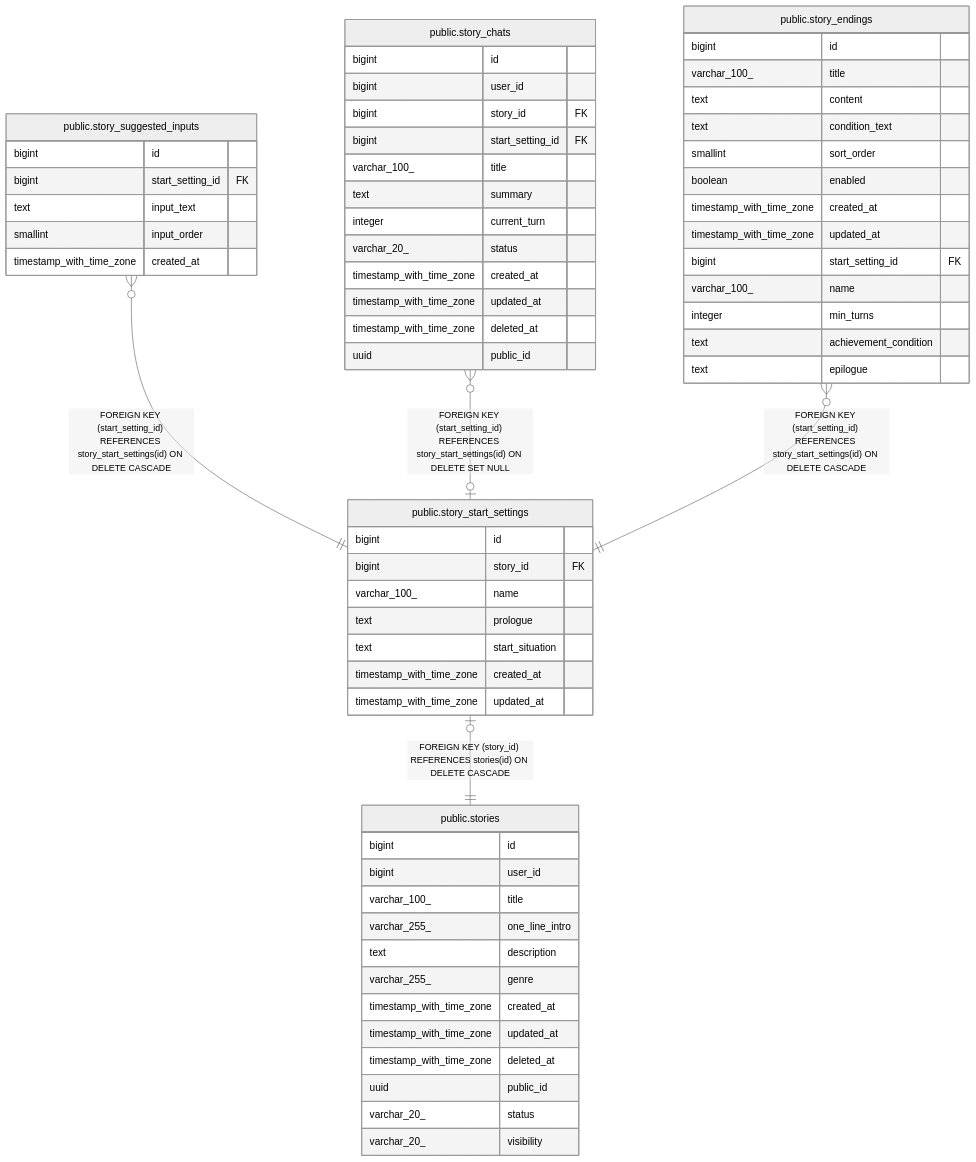
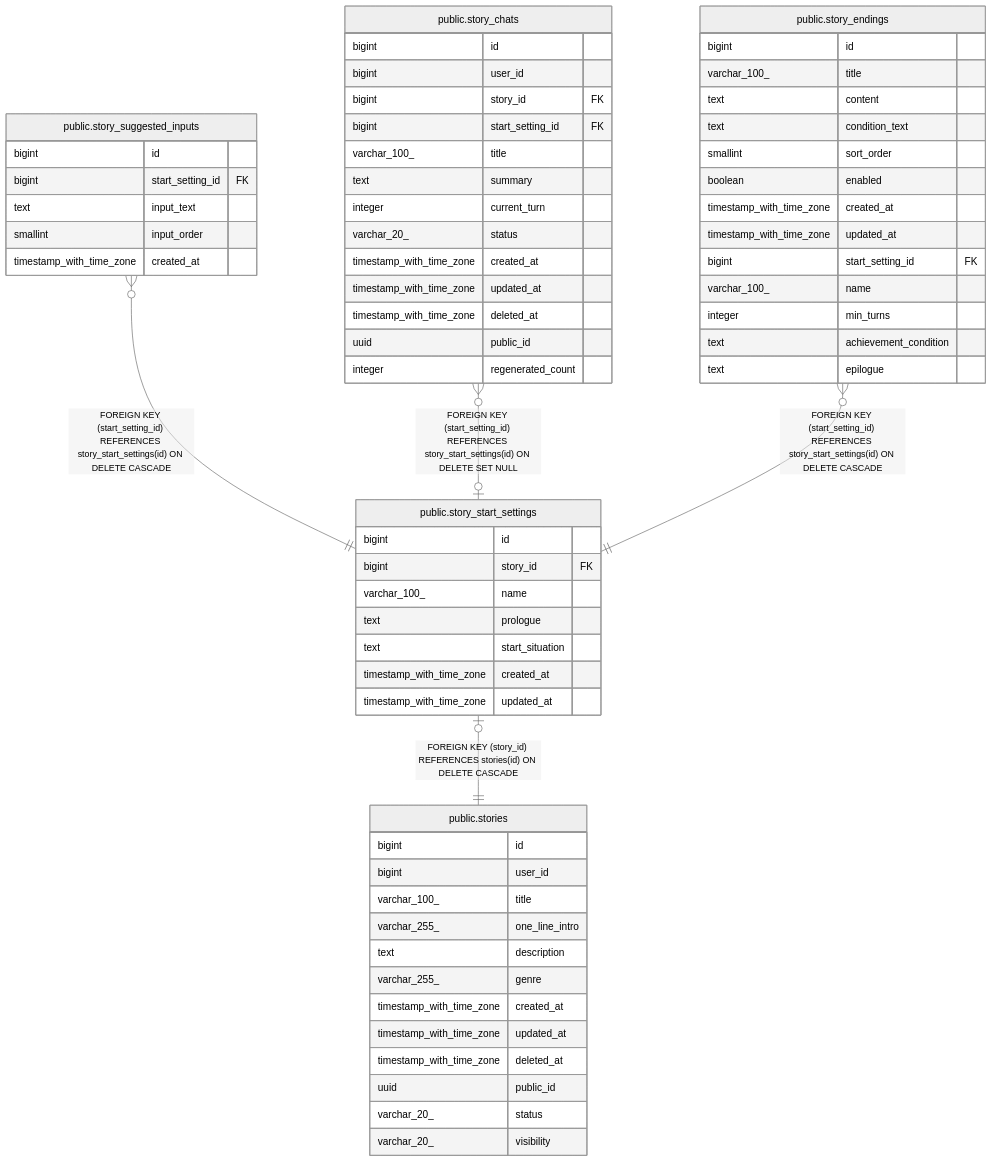
The diagram in dbdoc/public.story_start_settings.md (KIM-N-KANG/manyak-server), drawn with Mermaid (neutral theme) before and after one commit. The commit also changed 44 other files, not shown here.

````diff
--- a/dbdoc/public.story_start_settings.md
+++ b/dbdoc/public.story_start_settings.md
@@ -32,68 +32,69 @@
 ```mermaid
 erDiagram
 
 "public.story_suggested_inputs" }o--|| "public.story_start_settings" : "FOREIGN KEY (start_setting_id) REFERENCES story_start_settings(id) ON DELETE CASCADE"
 "public.story_chats" }o--o| "public.story_start_settings" : "FOREIGN KEY (start_setting_id) REFERENCES story_start_settings(id) ON DELETE SET NULL"
 "public.story_endings" }o--|| "public.story_start_settings" : "FOREIGN KEY (start_setting_id) REFERENCES story_start_settings(id) ON DELETE CASCADE"
 "public.story_start_settings" |o--|| "public.stories" : "FOREIGN KEY (story_id) REFERENCES stories(id) ON DELETE CASCADE"
 
 "public.story_start_settings" {
   bigint id
   bigint story_id FK
   varchar_100_ name
   text prologue
   text start_situation
   timestamp_with_time_zone created_at
   timestamp_with_time_zone updated_at
 }
 "public.story_suggested_inputs" {
   bigint id
   bigint start_setting_id FK
   text input_text
   smallint input_order
   timestamp_with_time_zone created_at
 }
 "public.story_chats" {
   bigint id
   bigint user_id
   bigint story_id FK
   bigint start_setting_id FK
   varchar_100_ title
   text summary
   integer current_turn
   varchar_20_ status
   timestamp_with_time_zone created_at
   timestamp_with_time_zone updated_at
   timestamp_with_time_zone deleted_at
   uuid public_id
+  integer regenerated_count
 }
 "public.story_endings" {
   bigint id
   varchar_100_ title
   text content
   text condition_text
   smallint sort_order
   boolean enabled
   timestamp_with_time_zone created_at
   timestamp_with_time_zone updated_at
   bigint start_setting_id FK
   varchar_100_ name
   integer min_turns
   text achievement_condition
   text epilogue
 }
 "public.stories" {
   bigint id
   bigint user_id
   varchar_100_ title
   varchar_255_ one_line_intro
   text description
   varchar_255_ genre
   timestamp_with_time_zone created_at
   timestamp_with_time_zone updated_at
   timestamp_with_time_zone deleted_at
   uuid public_id
   varchar_20_ status
   varchar_20_ visibility
 }
 ```
````
